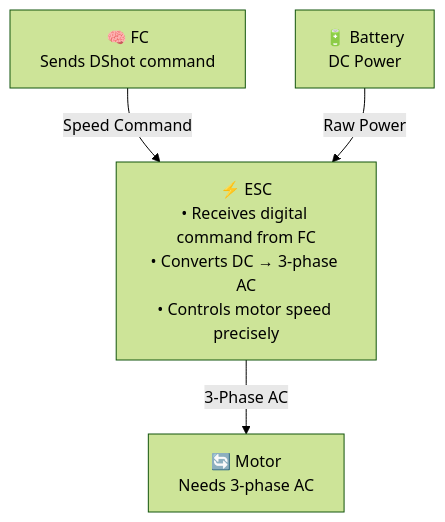
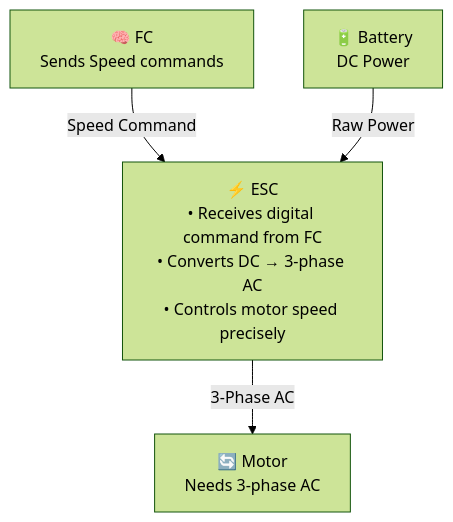
One commit to oyegunmen/JanFlight changed the fifth of 10 diagrams in docs/content/basics.md. Above: the diagram before and after it, drawn with Mermaid (forest theme). The commit also changed other lines of this file and 5 other files, not shown here.

````diff
--- a/docs/content/basics.md
+++ b/docs/content/basics.md
@@ -228,10 +219,10 @@
 ```mermaid
 flowchart TD
     BAT["🔋 Battery\nDC Power"]
     ESC["⚡ ESC\n• Receives digital command from FC\n• Converts DC → 3-phase AC\n• Controls motor speed precisely"]
     MOT["🔄 Motor\nNeeds 3-phase AC"]
-    FC["🧠 FC\nSends DShot command"]
+    FC["🧠 FC\nSends Speed commands"]
     FC -->|Speed Command| ESC
     BAT -->|Raw Power| ESC
     ESC -->|3-Phase AC| MOT
 ```
````
